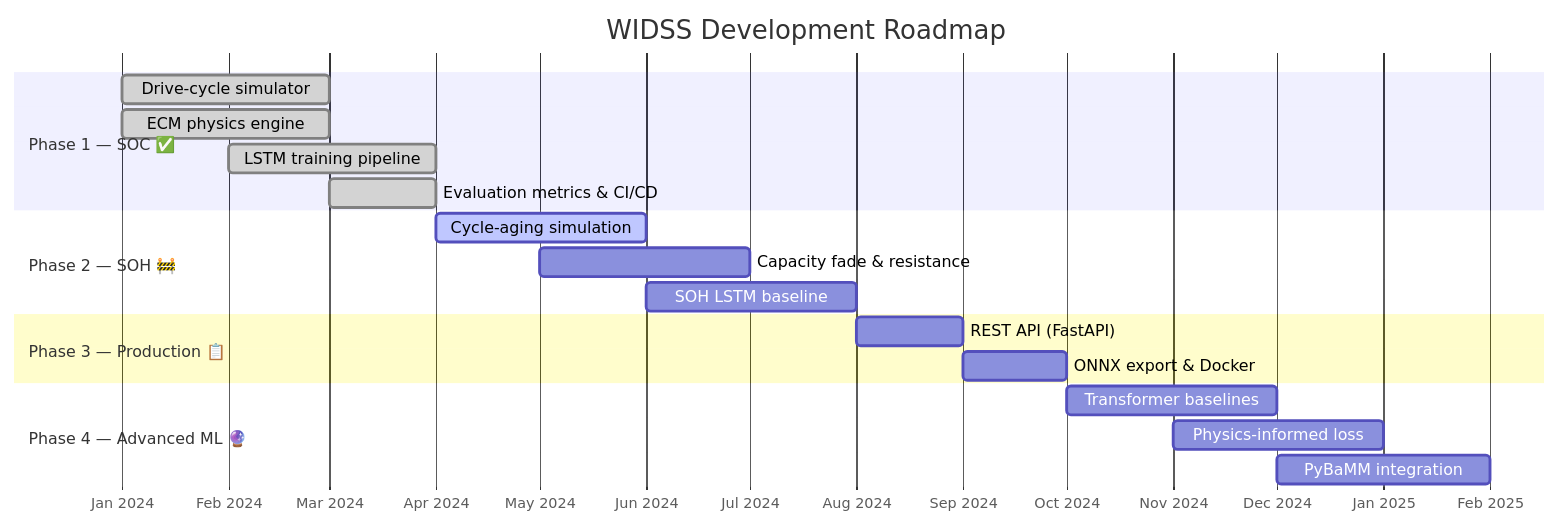
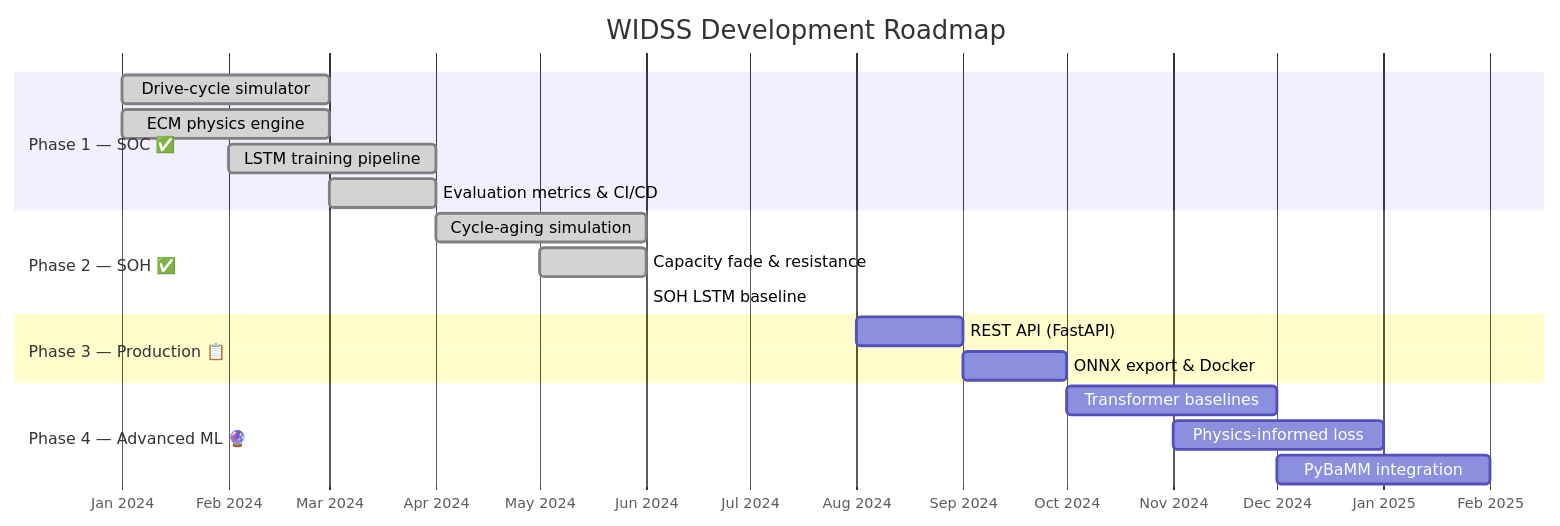
Before and after one commit to pritam-09-ops/WIDSS: the diagram in README.md, drawn with Mermaid. The commit also changed other lines of this file, not shown here.

Commit message:
Update README with Phase 2 completion and results

````diff
--- a/README.md
+++ b/README.md
@@ -580,26 +646,26 @@
 ```mermaid
 gantt
     title WIDSS Development Roadmap
     dateFormat YYYY-MM
     axisFormat %b %Y
     
     section Phase 1 — SOC ✅
     Drive-cycle simulator          :done, p1a, 2024-01, 2024-03
     ECM physics engine             :done, p1b, 2024-01, 2024-03
     LSTM training pipeline         :done, p1c, 2024-02, 2024-04
     Evaluation metrics & CI/CD     :done, p1d, 2024-03, 2024-04
 
-    section Phase 2 — SOH 🚧
-    Cycle-aging simulation         :active, p2a, 2024-04, 2024-06
-    Capacity fade & resistance     :        p2b, 2024-05, 2024-07
-    SOH LSTM baseline              :        p2c, 2024-06, 2024-08
+    section Phase 2 — SOH ✅
+    Cycle-aging simulation         :done, p2a, 2024-04, 2024-06
+    Capacity fade & resistance     :done, p2b, 2024-05, 2024-06
+    SOH LSTM baseline              :done, p2c, 2024-06, 2024-06
 
     section Phase 3 — Production 📋
     REST API (FastAPI)             :        p3a, 2024-08, 2024-09
     ONNX export & Docker           :        p3b, 2024-09, 2024-10
 
     section Phase 4 — Advanced ML 🔮
     Transformer baselines          :        p4a, 2024-10, 2024-12
     Physics-informed loss          :        p4b, 2024-11, 2025-01
     PyBaMM integration             :        p4c, 2024-12, 2025-02
 ```
````
